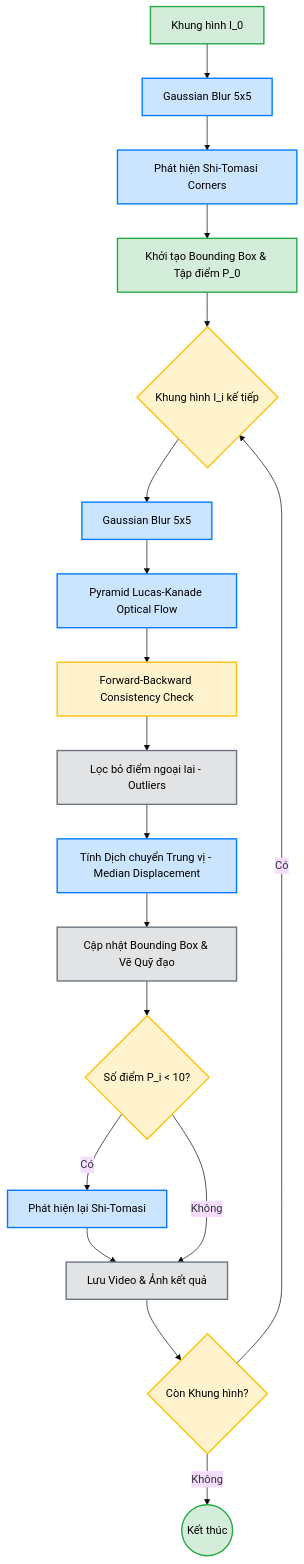
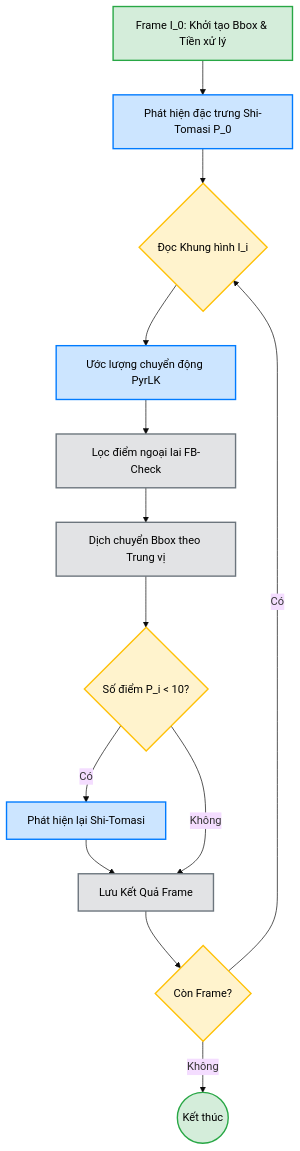
One commit to MinhThang1009/CV-project-01 changed the diagram in README.md. Above: the diagram before and after it, drawn with Mermaid (base theme). The commit also changed 1 other file, not shown here.

Commit message:
docs: condense mermaid flowchart to reduce vertical height and prevent scrolling

````diff
--- a/README.md
+++ b/README.md
@@ -57,30 +57,25 @@
 ```mermaid
 graph TD
     %% Định nghĩa Style
     classDef init fill:#d4edda,stroke:#28a745,stroke-width:2px,color:#000;
     classDef process fill:#cce5ff,stroke:#007bff,stroke-width:2px,color:#000;
     classDef check fill:#fff3cd,stroke:#ffc107,stroke-width:2px,color:#000;
     classDef update fill:#e2e3e5,stroke:#6c757d,stroke-width:2px,color:#000;
 
     %% Nodes
-    A[Khung hình I_0]:::init --> B[Gaussian Blur 5x5]:::process
-    B --> C[Phát hiện Shi-Tomasi Corners]:::process
-    C --> D[Khởi tạo Bounding Box & Tập điểm P_0]:::init
+    A[Frame I_0: Khởi tạo Bbox & Tiền xử lý]:::init --> B[Phát hiện đặc trưng Shi-Tomasi P_0]:::process
+    B --> C{Đọc Khung hình I_i}:::check
     
-    D --> E{Khung hình I_i kế tiếp}:::check
-    E --> F[Gaussian Blur 5x5]:::process
-    F --> G[Pyramid Lucas-Kanade Optical Flow]:::process
-    G --> H[Forward-Backward Consistency Check]:::check
-    H --> I[Lọc bỏ điểm ngoại lai - Outliers]:::update
-    I --> J[Tính Dịch chuyển Trung vị - Median Displacement]:::process
-    J --> K[Cập nhật Bounding Box & Vẽ Quỹ đạo]:::update
+    C --> D[Ước lượng chuyển động PyrLK]:::process
+    D --> E[Lọc điểm ngoại lai FB-Check]:::update
+    E --> F[Dịch chuyển Bbox theo Trung vị]:::update
     
-    K --> L{Số điểm P_i < 10?}:::check
-    L -- Có --> M[Phát hiện lại Shi-Tomasi]:::process
-    M --> N
-    L -- Không --> N[Lưu Video & Ảnh kết quả]:::update
+    F --> G{Số điểm P_i < 10?}:::check
+    G -- Có --> H[Phát hiện lại Shi-Tomasi]:::process
+    H --> I
+    G -- Không --> I[Lưu Kết Quả Frame]:::update
     
-    N --> O{Còn Khung hình?}:::check
-    O -- Có --> E
-    O -- Không --> P((Kết thúc)):::init
+    I --> J{Còn Frame?}:::check
+    J -- Có --> C
+    J -- Không --> K((Kết thúc)):::init
 ```
````
